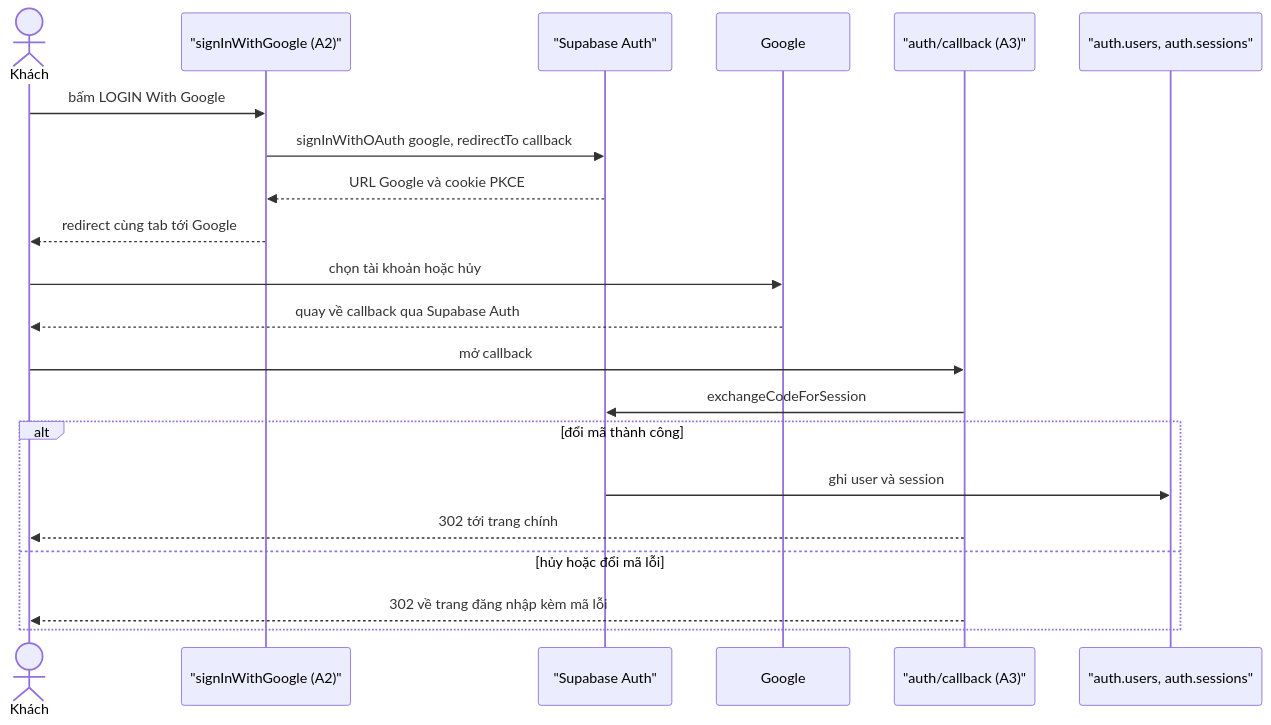
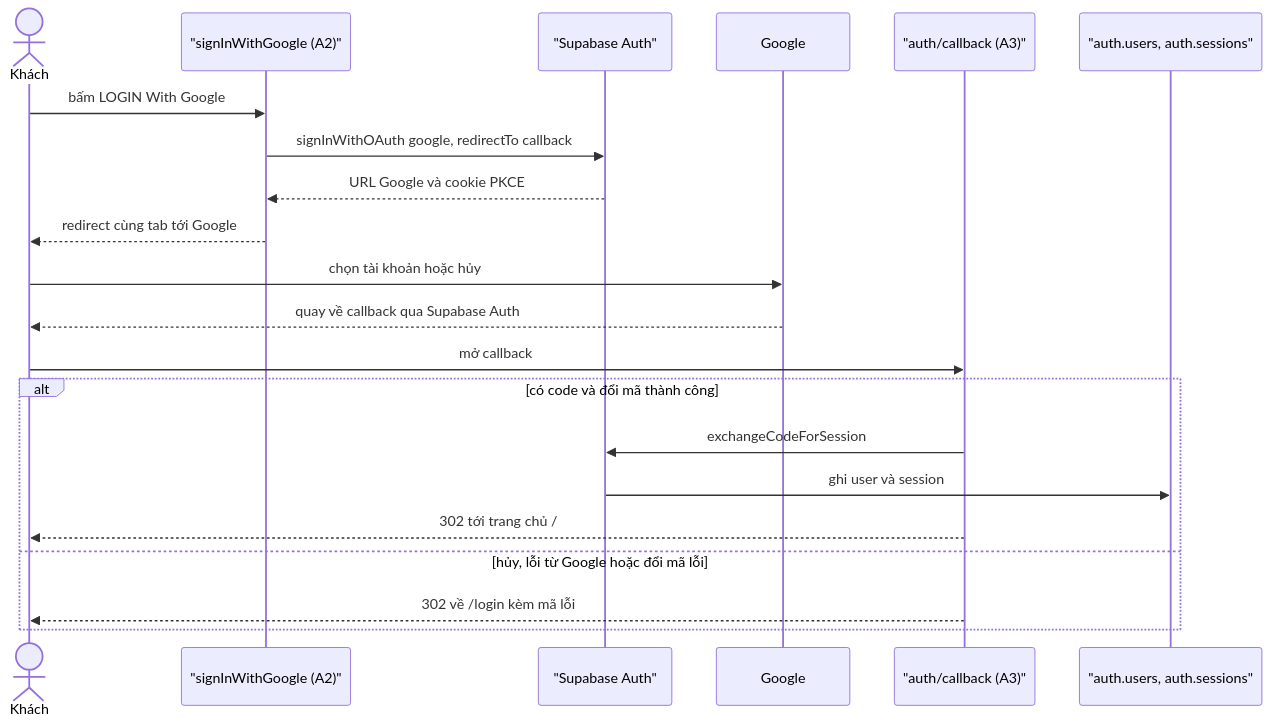
The second of 3 diagrams in docs/features/F001_LoginWithGoogle/technical-spec.md (lannp-3774/agentic-coding-hands-on), drawn with Mermaid before and after one commit. The commit also changed other lines of this file and 48 other files, not shown here.

````diff
--- a/docs/features/F001_LoginWithGoogle/technical-spec.md
+++ b/docs/features/F001_LoginWithGoogle/technical-spec.md
@@ -56,24 +67,24 @@
 ```mermaid
 sequenceDiagram
     actor U as Khách
     participant S as "signInWithGoogle (A2)"
     participant A as "Supabase Auth"
     participant G as Google
     participant C as "auth/callback (A3)"
     participant D as "auth.users, auth.sessions"
 
     U->>S: bấm LOGIN With Google
     S->>A: signInWithOAuth google, redirectTo callback
     A-->>S: URL Google và cookie PKCE
     S-->>U: redirect cùng tab tới Google
     U->>G: chọn tài khoản hoặc hủy
     G-->>U: quay về callback qua Supabase Auth
     U->>C: mở callback
-    C->>A: exchangeCodeForSession
-    alt đổi mã thành công
+    alt có code và đổi mã thành công
+        C->>A: exchangeCodeForSession
         A->>D: ghi user và session
-        C-->>U: 302 tới trang chính
-    else hủy hoặc đổi mã lỗi
-        C-->>U: 302 về trang đăng nhập kèm mã lỗi
+        C-->>U: 302 tới trang chủ /
+    else hủy, lỗi từ Google hoặc đổi mã lỗi
+        C-->>U: 302 về /login kèm mã lỗi
     end
 ```
````
